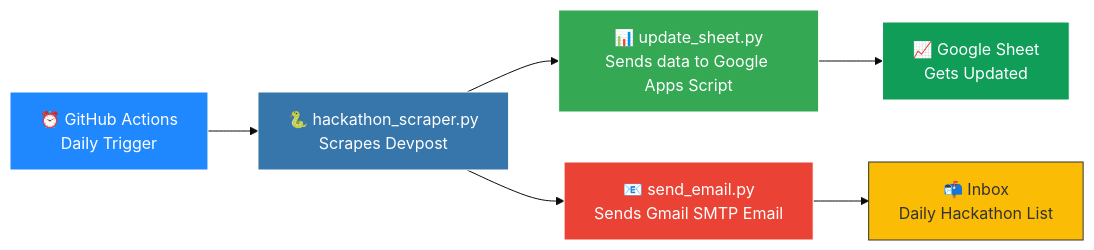
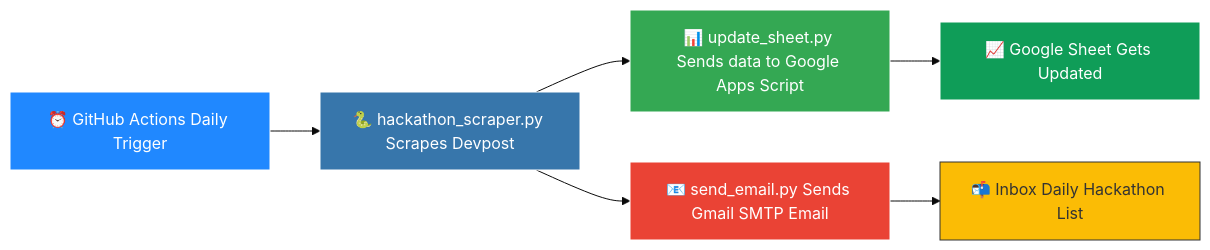
Before and after one commit to AbdulAzeemHashmi/hackathon-tracker: the diagram in README.md, drawn with Mermaid (base theme). The commit also changed other lines of this file, not shown here.

Commit message:
modified:   README.md

````diff
--- a/README.md
+++ b/README.md
@@ -34,21 +32,15 @@
 ```mermaid
 flowchart LR
-    A[⏰ GitHub Actions
-Daily Trigger] --> B[🐍 hackathon_scraper.py
-Scrapes Devpost]
-    B --> C[📊 update_sheet.py
-Sends data to Google Apps Script]
-    C --> D[📈 Google Sheet
-Gets Updated]
-    B --> E[📧 send_email.py
-Sends Gmail SMTP Email]
-    E --> F[📬 Inbox
-Daily Hackathon List]
+    A[⏰ GitHub Actions Daily Trigger] --> B[🐍 hackathon_scraper.py Scrapes Devpost]
+    B --> C[📊 update_sheet.py Sends data to Google Apps Script]
+    C --> D[📈 Google Sheet Gets Updated]
+    B --> E[📧 send_email.py Sends Gmail SMTP Email]
+    E --> F[📬 Inbox Daily Hackathon List]
 
     style A fill:#2088FF,stroke:#fff,color:#fff
     style B fill:#3776AB,stroke:#fff,color:#fff
     style C fill:#34A853,stroke:#fff,color:#fff
     style D fill:#0F9D58,stroke:#fff,color:#fff
     style E fill:#EA4335,stroke:#fff,color:#fff
     style F fill:#FBBC05,stroke:#333,color:#333
 ```
````
